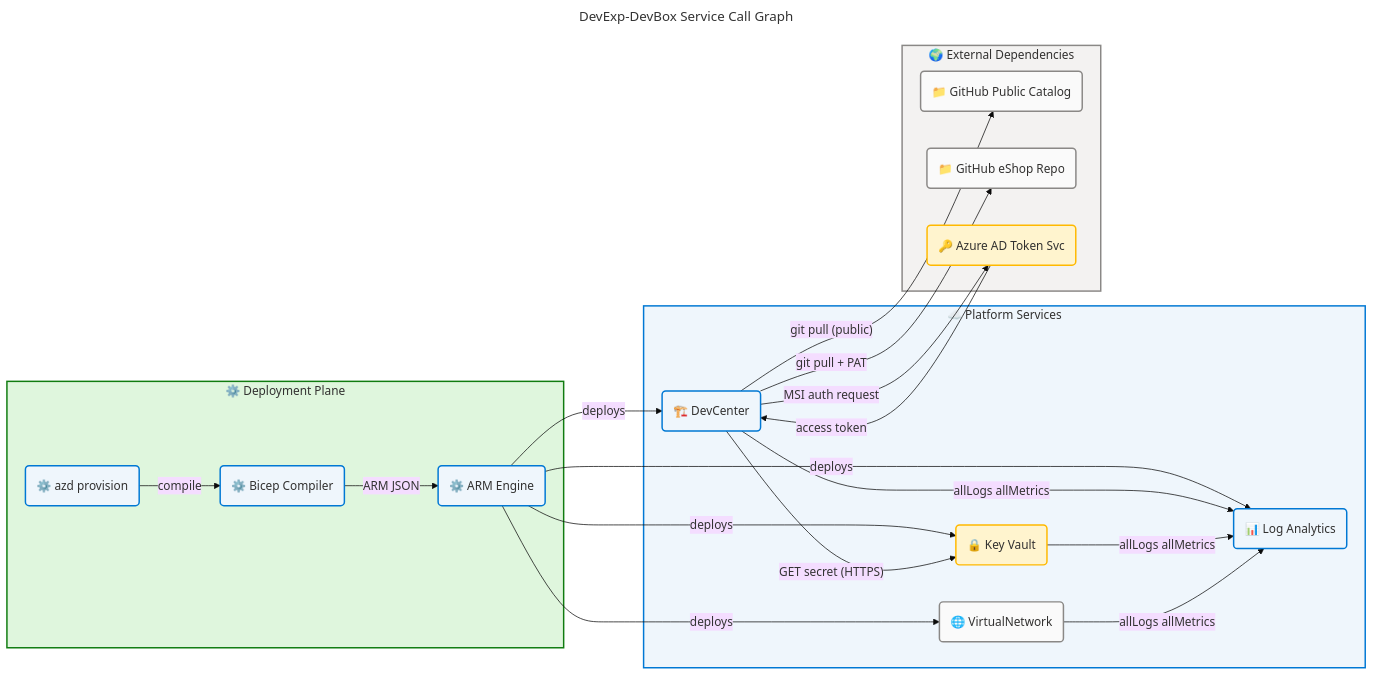
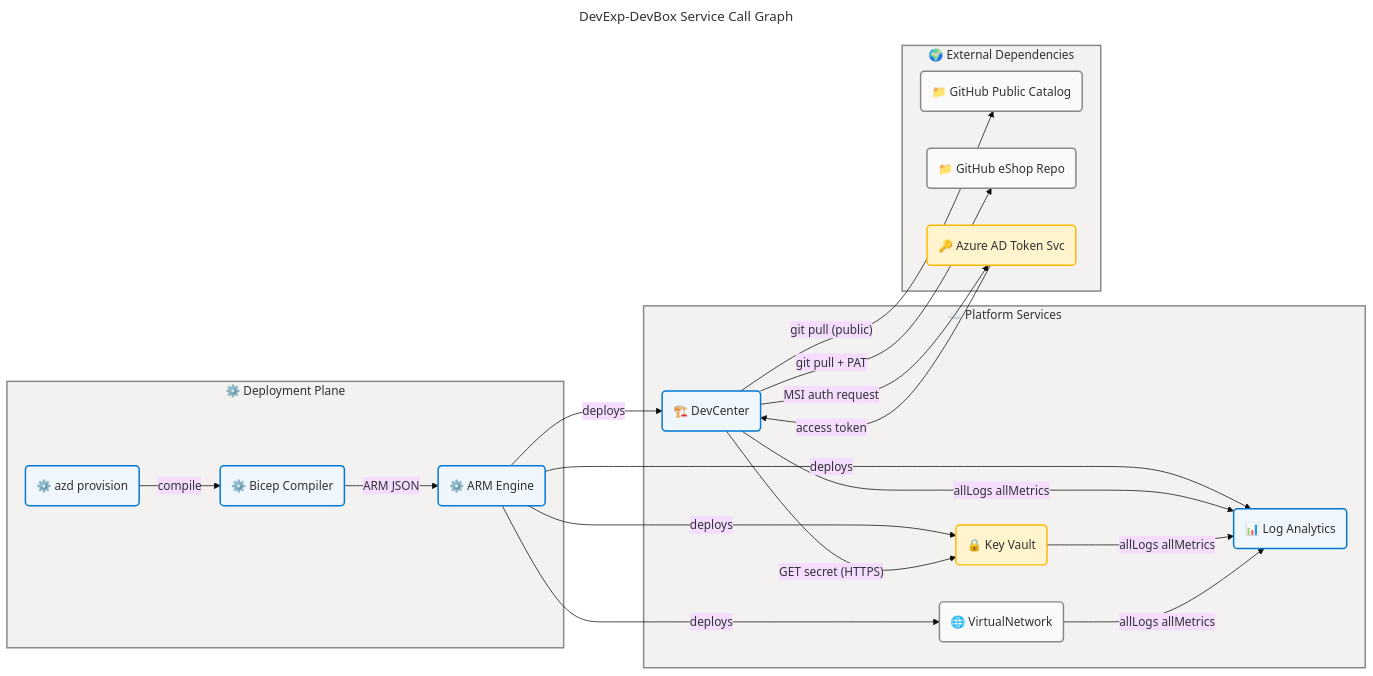
The sixth of 7 diagrams in docs/architecture/application-architecture.md (Evilazaro/DevExp-DevBox), drawn with Mermaid before and after one commit. The commit also changed other lines of this file, not shown here.

Commit message:
refactor: Update Mermaid diagram styles for improved visual consistency in application architecture

````diff
--- a/docs/architecture/application-architecture.md
+++ b/docs/architecture/application-architecture.md
@@ -1388,69 +1388,69 @@
 ```mermaid
 ---
 title: "DevExp-DevBox Service Call Graph"
 config:
   theme: base
   look: classic
   layout: dagre
   themeVariables:
     fontSize: '16px'
   flowchart:
     htmlLabels: true
 ---
 flowchart LR
     accTitle: DevExp-DevBox Service Call Graph
     accDescr: Runtime and deployment service-to-service dependencies with protocols and directions
 
 %% ═══════════════════════════════════════════════════════════════════════════
 %% AZURE / FLUENT ARCHITECTURE PATTERN v1.1
 %% (Semantic + Structural + Font + Accessibility Governance)
 %% ═══════════════════════════════════════════════════════════════════════════
 %% PHASE 1 - FLUENT UI: All styling uses approved Fluent UI palette only
 %% PHASE 2 - GROUPS: Every subgraph has semantic color via style directive
 %% PHASE 3 - COMPONENTS: Every node has semantic classDef + icon prefix
 %% PHASE 4 - ACCESSIBILITY: accTitle/accDescr present, WCAG AA contrast
 %% PHASE 5 - STANDARD: Governance block present, classDefs centralized
 %% ═══════════════════════════════════════════════════════════════════════════
 
     subgraph Deploy["⚙️ Deployment Plane"]
         AZD2("⚙️ azd provision"):::core
         ARM2("⚙️ ARM Engine"):::core
         BicepC("⚙️ Bicep Compiler"):::core
     end
 
     subgraph Platform["☁️ Platform Services"]
         DCtwo("🏗️ DevCenter"):::core
         KVtwo("🔒 Key Vault"):::warning
         LAtwo("📊 Log Analytics"):::core
         VNtwo("🌐 VirtualNetwork"):::neutral
     end
 
     subgraph ExternalDeps["🌍 External Dependencies"]
         GHpub2("📁 GitHub Public Catalog"):::neutral
         GHpriv2("📁 GitHub eShop Repo"):::neutral
         ADtoken("🔑 Azure AD Token Svc"):::warning
     end
 
     AZD2 -->|"compile"| BicepC
     BicepC -->|"ARM JSON"| ARM2
     ARM2 -->|"deploys"| DCtwo
     ARM2 -->|"deploys"| KVtwo
     ARM2 -->|"deploys"| LAtwo
     ARM2 -->|"deploys"| VNtwo
     DCtwo -->|"MSI auth request"| ADtoken
     ADtoken -->|"access token"| DCtwo
     DCtwo -->|"GET secret (HTTPS)"| KVtwo
     DCtwo -->|"git pull (public)"| GHpub2
     DCtwo -->|"git pull + PAT"| GHpriv2
     DCtwo -->|"allLogs allMetrics"| LAtwo
     KVtwo -->|"allLogs allMetrics"| LAtwo
     VNtwo -->|"allLogs allMetrics"| LAtwo
 
-    style Deploy fill:#DFF6DD,stroke:#107C10,stroke-width:2px,color:#323130
-    style Platform fill:#EFF6FC,stroke:#0078D4,stroke-width:2px,color:#323130
+    style Deploy fill:#F3F2F1,stroke:#8A8886,stroke-width:2px,color:#323130
+    style Platform fill:#F3F2F1,stroke:#8A8886,stroke-width:2px,color:#323130
     style ExternalDeps fill:#F3F2F1,stroke:#8A8886,stroke-width:2px,color:#323130
 
     classDef neutral fill:#FAFAFA,stroke:#8A8886,stroke-width:2px,color:#323130
     classDef core fill:#EFF6FC,stroke:#0078D4,stroke-width:2px,color:#323130
     classDef warning fill:#FFF4CE,stroke:#FFB900,stroke-width:2px,color:#323130
 ```
````
